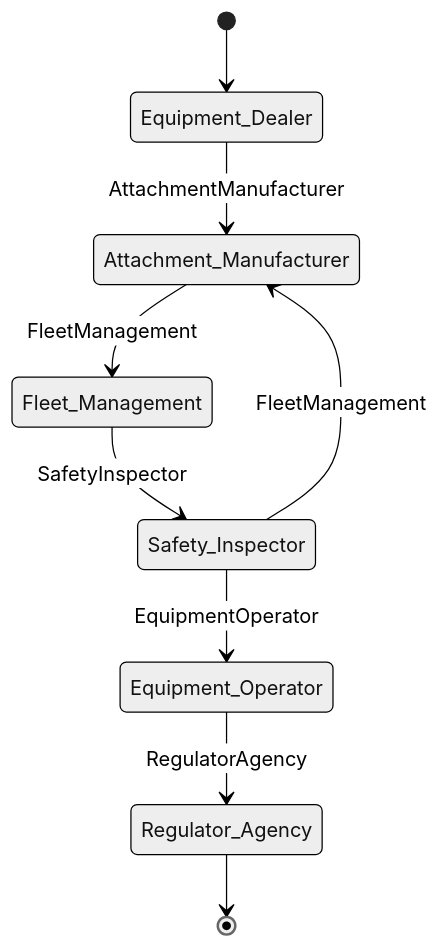
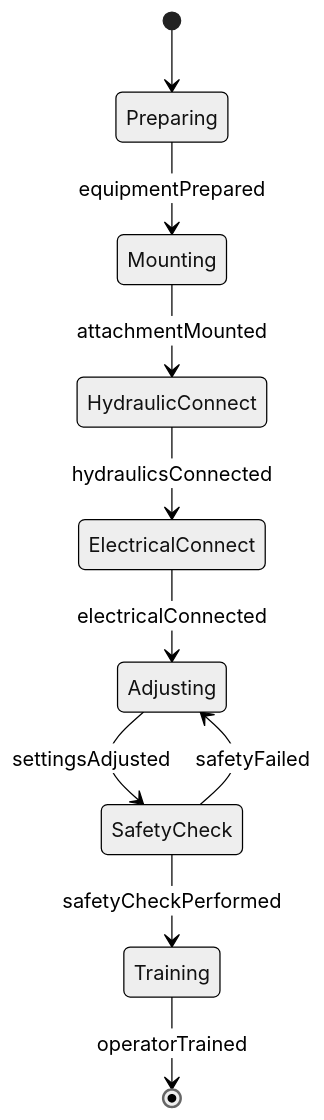
The second of 4 diagrams in HandlingAndMovingObjects/AssembleEquipmentOrComponents/InstallPartsAssembliesAttachmentsTransportation.mdx (dot-org-ai/tasks.org.ai), drawn with Mermaid (neutral theme) before and after one commit. The commit also changed other lines of this file and 515 other files, not shown here.

````diff
--- a/HandlingAndMovingObjects/AssembleEquipmentOrComponents/InstallPartsAssembliesAttachmentsTransportation.mdx
+++ b/HandlingAndMovingObjects/AssembleEquipmentOrComponents/InstallPartsAssembliesAttachmentsTransportation.mdx
@@ -101,11 +99,12 @@
 ```mermaid
 stateDiagram-v2
-    [*] --> Equipment_Dealer
-    Equipment_Dealer --> Attachment_Manufacturer: AttachmentManufacturer
-    Attachment_Manufacturer --> Fleet_Management: FleetManagement
-    Fleet_Management --> Safety_Inspector: SafetyInspector
-    Safety_Inspector --> Equipment_Operator: EquipmentOperator
-    Equipment_Operator --> Regulator_Agency: RegulatorAgency
-    Safety_Inspector --> Attachment_Manufacturer: FleetManagement
-    Regulator_Agency --> [*]
+    [*] --> Preparing
+    Preparing --> Mounting : equipmentPrepared
+    Mounting --> HydraulicConnect : attachmentMounted
+    HydraulicConnect --> ElectricalConnect : hydraulicsConnected
+    ElectricalConnect --> Adjusting : electricalConnected
+    Adjusting --> SafetyCheck : settingsAdjusted
+    SafetyCheck --> Training : safetyCheckPerformed
+    SafetyCheck --> Adjusting : safetyFailed
+    Training --> [*] : operatorTrained
 ```
````
